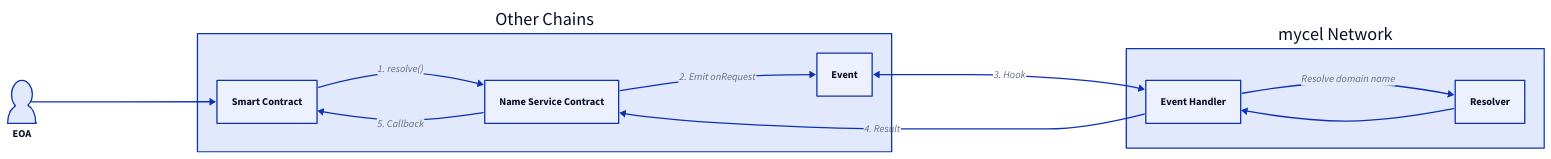
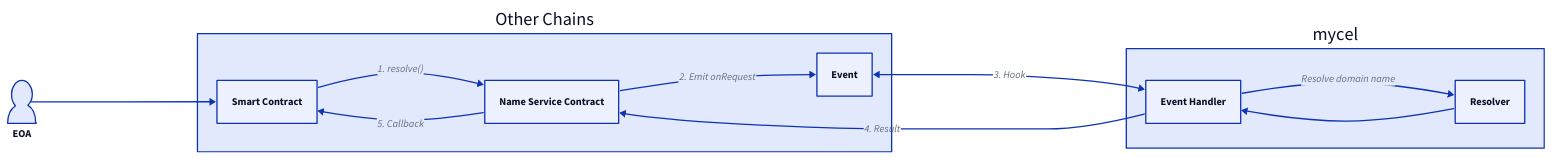
One commit to mycel-labs/mycel-docs changed the diagram in docs/assets/nsc.d2. Above: the diagram before and after it, drawn with D2. The commit also changed 4 other files, not shown here.

```diff
--- a/docs/assets/nsc.d2
+++ b/docs/assets/nsc.d2
@@ -1,22 +1,22 @@
 direction: right
 otherChains: Other Chains{
   "userContract": Smart Contract
   "NSC": Name Service Contract
 
   userContract -> NSC: 1. resolve()
   NSC -> Event: 2. Emit onRequest
   NSC -> userContract: 5. Callback
 }
 
-mycel: mycel Network{
+mycel: mycel{
   eventHandler: Event Handler
   Resolver
 
   eventHandler -> Resolver : Resolve domain name
   Resolver -> eventHandler
 
 }
 EOA.shape:person
 EOA -> otherChains.userContract 
 otherChains.Event <-> mycel.eventHandler : 3. Hook
 mycel.eventHandler -> otherChains.NSC : 4. Result
```
